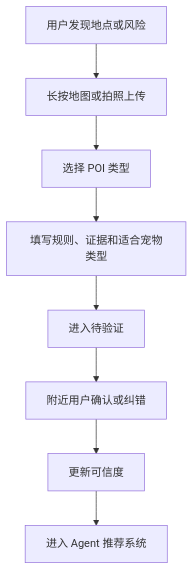
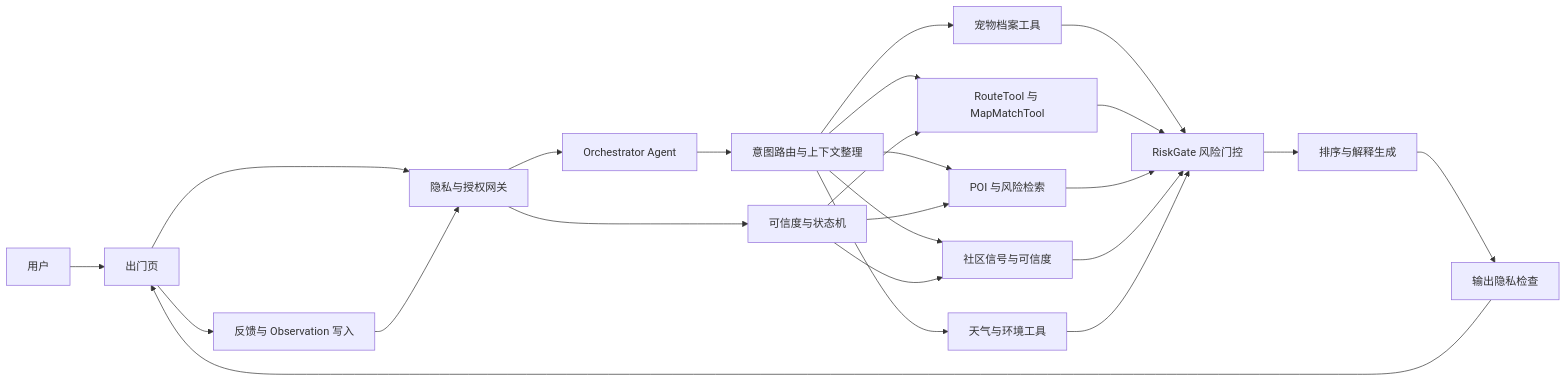
Before and after one commit to 1pitaph/PawPilot: the fifth of 6 diagrams in docs/prd-pet-mobility-agent.md, drawn with Mermaid. The commit also changed other lines of this file and 2 other files, not shown here.

````diff
--- a/docs/prd-pet-mobility-agent.md
+++ b/docs/prd-pet-mobility-agent.md
@@ -647,10 +587,26 @@
 ```{mermaid}
-flowchart TD
-    A[用户发现地点或风险] --> B[长按地图或拍照上传]
-    B --> C[选择 POI 类型]
-    C --> D[填写规则、证据和适合宠物类型]
-    D --> E[进入待验证]
-    E --> F[附近用户确认或纠错]
-    F --> G[更新可信度]
-    G --> H[进入 Agent 推荐系统]
+flowchart LR
+    U[用户] --> UI[出门页]
+    UI --> V[隐私与授权网关]
+    V --> O[Orchestrator Agent]
+    O --> I[意图路由与上下文整理]
+    I --> P[宠物档案工具]
+    I --> R[RouteTool 与 MapMatchTool]
+    I --> M[POI 与风险检索]
+    I --> C[社区信号与可信度]
+    I --> W[天气与环境工具]
+    P --> G[RiskGate 风险门控]
+    R --> G
+    M --> G
+    C --> G
+    W --> G
+    G --> S[排序与解释生成]
+    S --> O2[输出隐私检查]
+    O2 --> UI
+    UI --> F[反馈与 Observation 写入]
+    F --> V
+    V --> T[可信度与状态机]
+    T --> C
+    T --> M
+    T --> R
 ```
````
